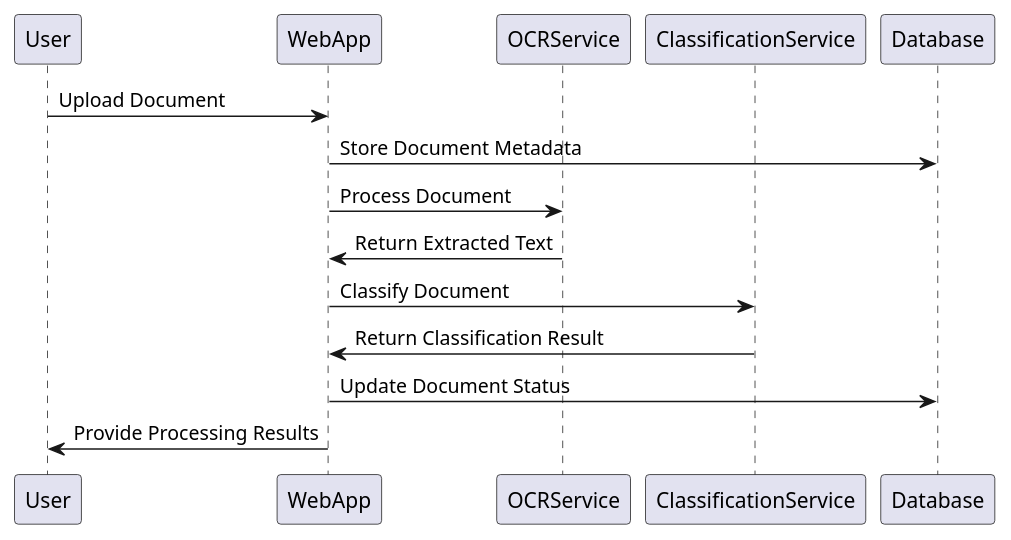
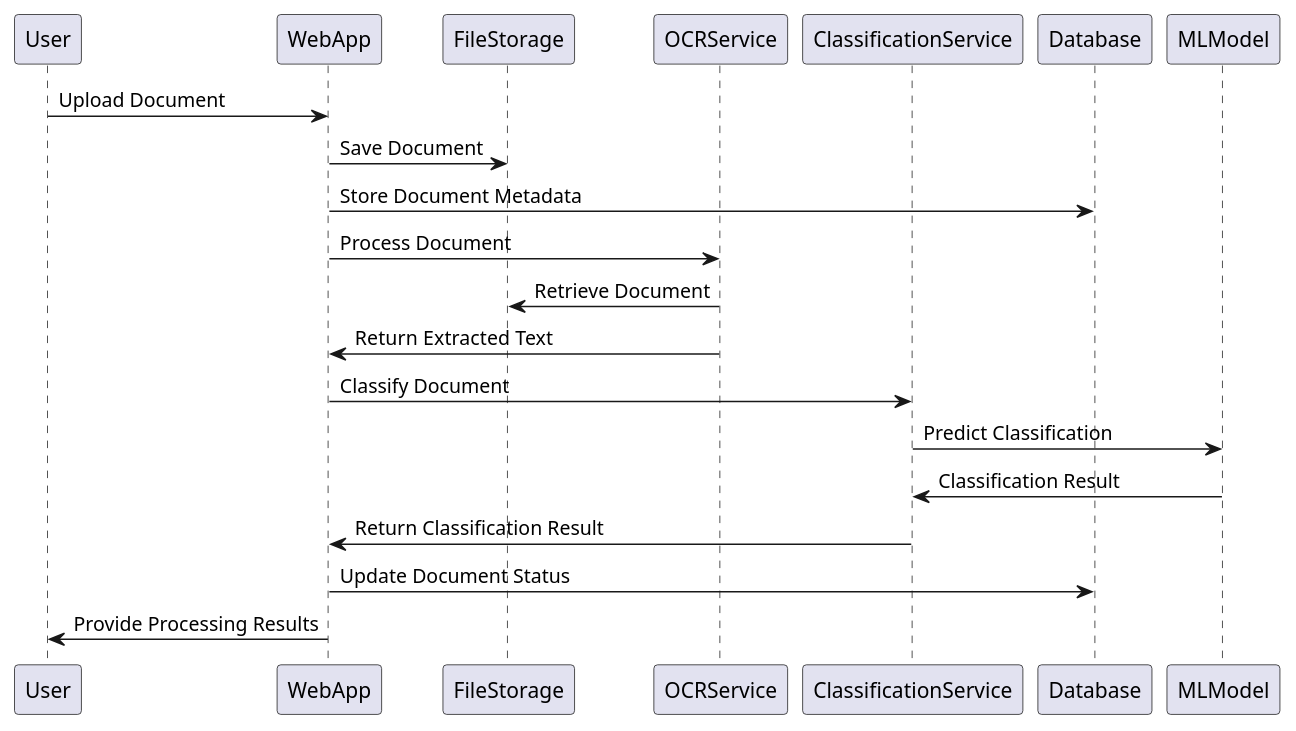
The seventh of 9 diagrams in daft_report.md (FormSculptor/Internal-Documentation), drawn with PlantUML before and after one commit. The commit also changed other lines of this file, not shown here.

Commit message:
Add system architecture and activity diagrams to enhance project report clarity

````diff
--- a/daft_report.md
+++ b/daft_report.md
@@ -246,18 +324,24 @@
 ```plantuml
 @startuml
 participant User
 participant WebApp
+participant FileStorage
 participant OCRService
 participant ClassificationService
 participant Database
+participant MLModel
 
 User -> WebApp: Upload Document
+WebApp -> FileStorage: Save Document
 WebApp -> Database: Store Document Metadata
 WebApp -> OCRService: Process Document
+OCRService -> FileStorage: Retrieve Document
 OCRService -> WebApp: Return Extracted Text
 WebApp -> ClassificationService: Classify Document
+ClassificationService -> MLModel: Predict Classification
+MLModel -> ClassificationService: Classification Result
 ClassificationService -> WebApp: Return Classification Result
 WebApp -> Database: Update Document Status
 WebApp -> User: Provide Processing Results
 @enduml
 ```
````
